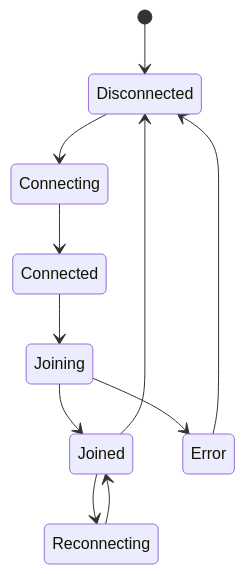
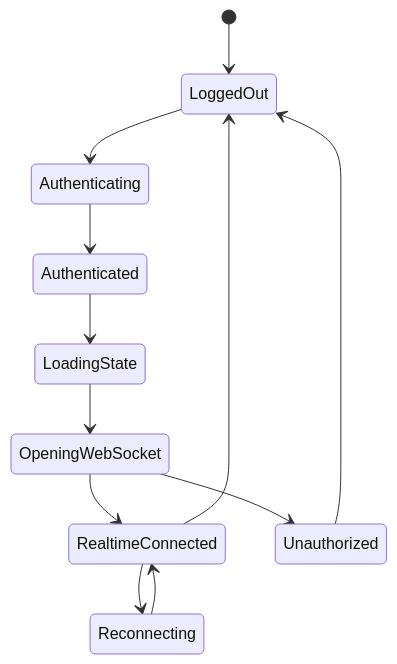
Before and after one commit to frank-mendez/pulse-chat-: the diagram in docs/websocket-protocol.md, drawn with Mermaid. The commit also changed other lines of this file and 116 other files, not shown here.

````diff
--- a/docs/websocket-protocol.md
+++ b/docs/websocket-protocol.md
@@ -256,13 +426,14 @@
 ```mermaid
 stateDiagram-v2
-  [*] --> Disconnected
-  Disconnected --> Connecting
-  Connecting --> Connected
-  Connected --> Joining
-  Joining --> Joined
-  Joining --> Error
-  Joined --> Reconnecting
-  Reconnecting --> Joined
-  Joined --> Disconnected
-  Error --> Disconnected
+  [*] --> LoggedOut
+  LoggedOut --> Authenticating
+  Authenticating --> Authenticated
+  Authenticated --> LoadingState
+  LoadingState --> OpeningWebSocket
+  OpeningWebSocket --> RealtimeConnected
+  OpeningWebSocket --> Unauthorized
+  RealtimeConnected --> Reconnecting
+  Reconnecting --> RealtimeConnected
+  RealtimeConnected --> LoggedOut
+  Unauthorized --> LoggedOut
 ```
````
